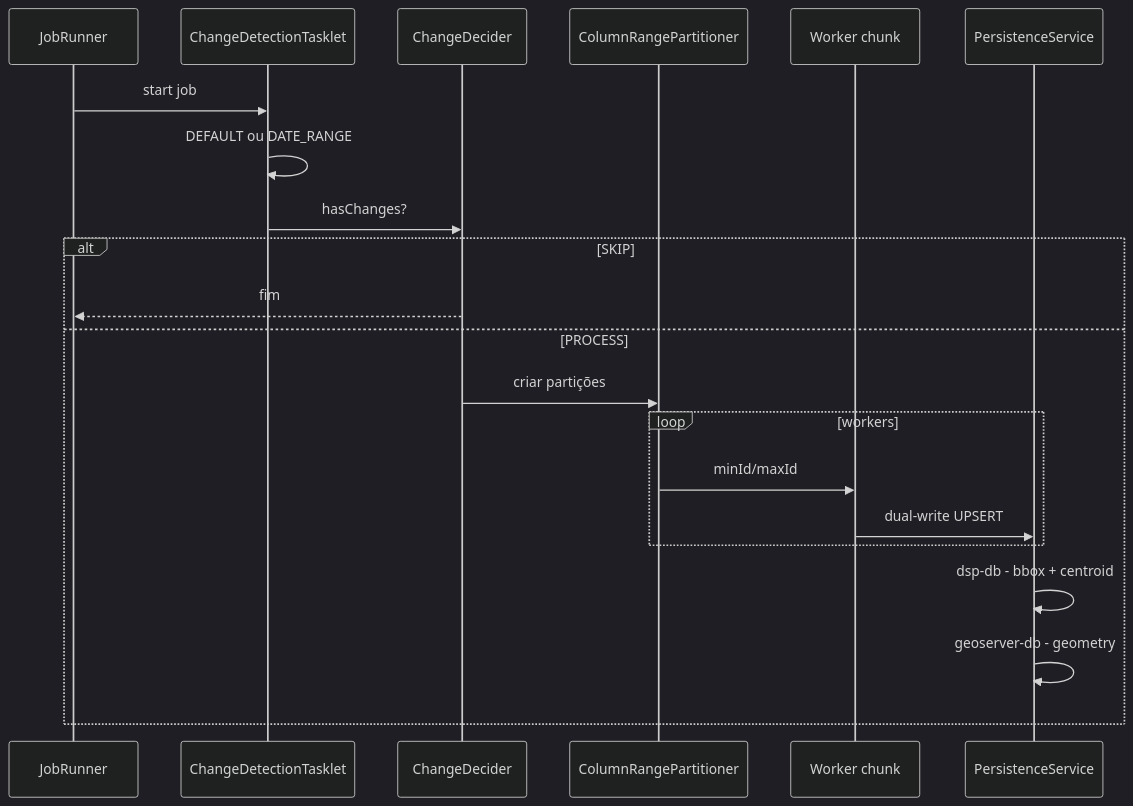
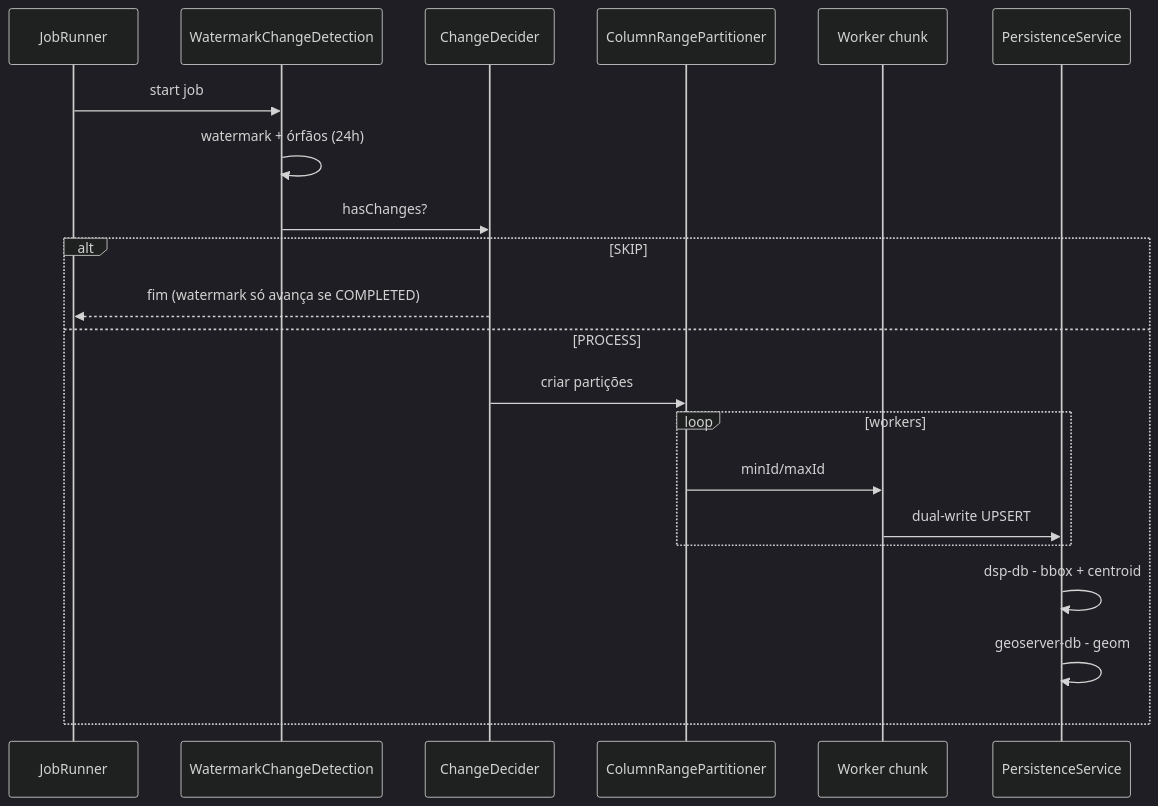
Before and after one commit to kleber-albino/rer-dsp-docs: the second of 2 diagrams in docs/modules/job-data-migration/configuration.md, drawn with Mermaid (dark theme). The commit also changed other lines of this file and 14 other files, not shown here.

````diff
--- a/docs/modules/job-data-migration/configuration.md
+++ b/docs/modules/job-data-migration/configuration.md
@@ -351,24 +498,24 @@
 ```mermaid
 sequenceDiagram
   participant JR as JobRunner
-  participant CD as ChangeDetectionTasklet
+  participant CD as WatermarkChangeDetection
   participant Dec as ChangeDecider
   participant Part as ColumnRangePartitioner
   participant W as Worker chunk
   participant Pers as PersistenceService
 
   JR->>CD: start job
-  CD->>CD: DEFAULT ou DATE_RANGE
+  CD->>CD: watermark + órfãos (24h)
   CD->>Dec: hasChanges?
   alt SKIP
-    Dec-->>JR: fim
+    Dec-->>JR: fim (watermark só avança se COMPLETED)
   else PROCESS
     Dec->>Part: criar partições
     loop workers
       Part->>W: minId/maxId
       W->>Pers: dual-write UPSERT
     end
     Pers->>Pers: dsp-db - bbox + centroid
-    Pers->>Pers: geoserver-db - geometry
+    Pers->>Pers: geoserver-db - geom
   end
 ```
````
